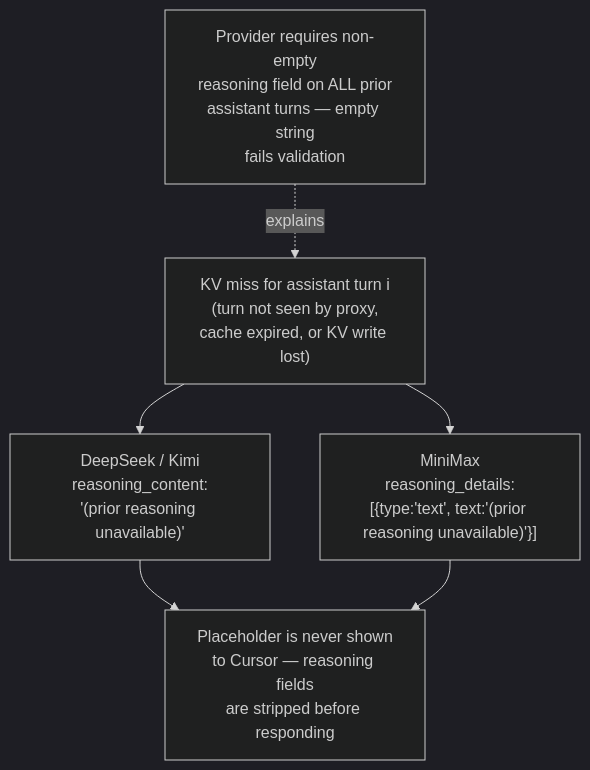
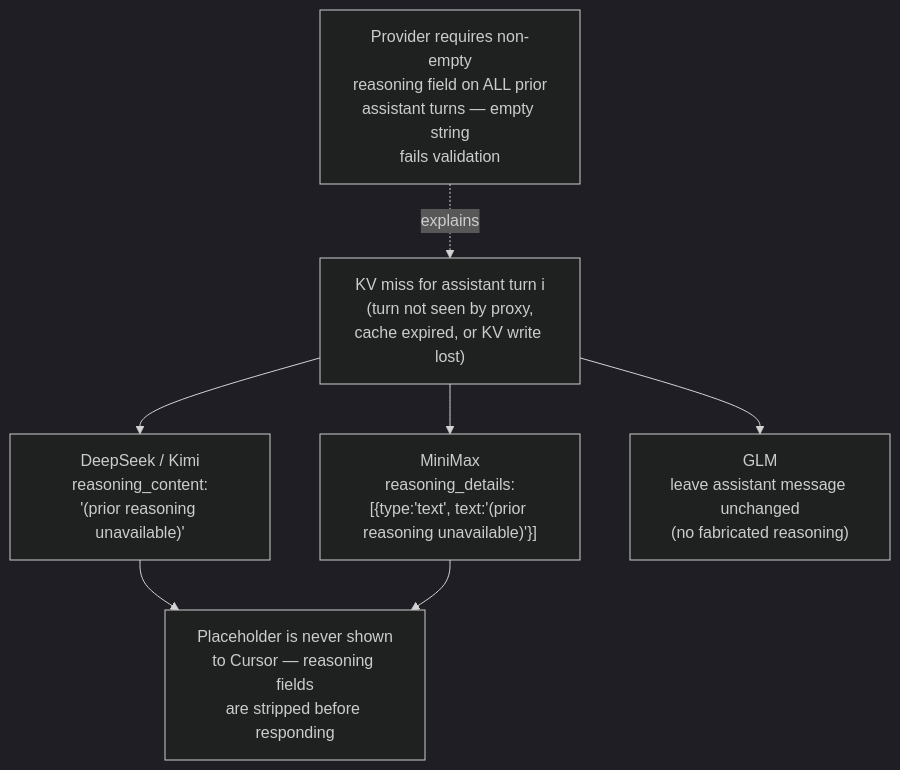
The fifth of 6 diagrams in doc/reasoning-bridge.md (lqdflying/cursorProxy), drawn with Mermaid (dark theme) before and after one commit. The commit also changed other lines of this file and 19 other files, not shown here.

````diff
--- a/doc/reasoning-bridge.md
+++ b/doc/reasoning-bridge.md
@@ -110,17 +110,19 @@
 ```mermaid
 flowchart TD
     MISS["KV miss for assistant turn i\n(turn not seen by proxy,\ncache expired, or KV write lost)"]
 
     DS_PH["DeepSeek / Kimi\nreasoning_content:\n'(prior reasoning unavailable)'"]
     MM_PH["MiniMax\nreasoning_details:\n[{type:'text', text:'(prior reasoning unavailable)'}]"]
+    GLM_MISS["GLM\nleave assistant message unchanged\n(no fabricated reasoning)"]
 
     WHY["Provider requires non-empty\nreasoning field on ALL prior\nassistant turns — empty string\nfails validation"]
 
     MISS --> DS_PH
     MISS --> MM_PH
+    MISS --> GLM_MISS
     WHY -.->|explains| MISS
 
     NOTE["Placeholder is never shown\nto Cursor — reasoning fields\nare stripped before responding"]
     DS_PH --> NOTE
     MM_PH --> NOTE
 ```
````
